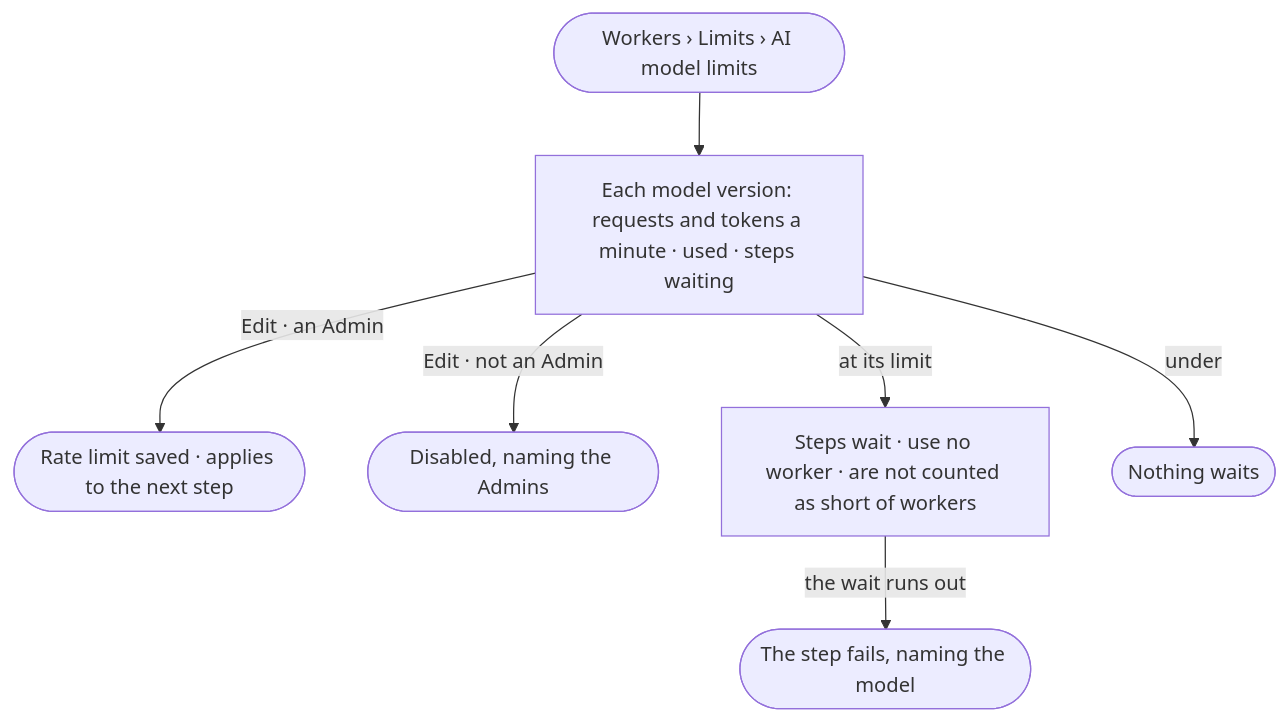
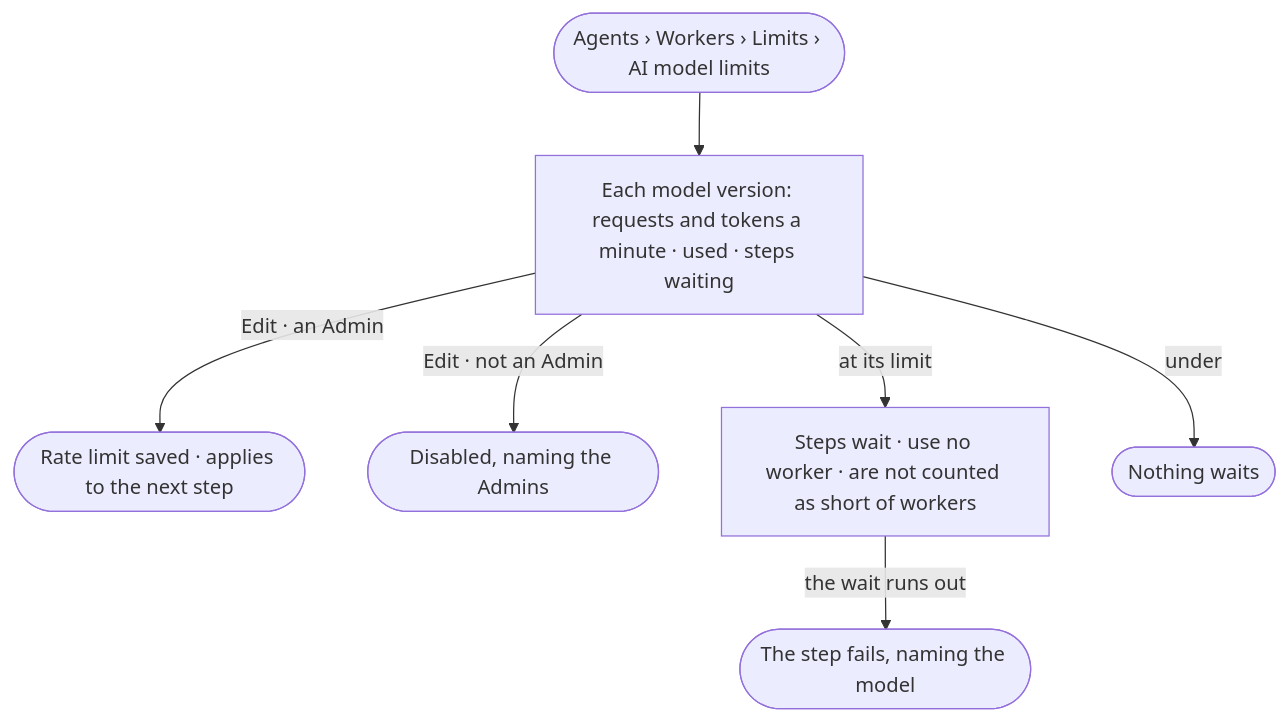
One commit to invana/invana changed the diagram in specs/os/control/features/CP-F04-limits/stories/CP-13-see-each-ai-models-rate-limit-and-what-waits-on-it/story.md. Above: the diagram before and after it, drawn with Mermaid. The commit also changed other lines of this file and 106 other files, not shown here.

````diff
--- a/specs/os/control/features/CP-F04-limits/stories/CP-13-see-each-ai-models-rate-limit-and-what-waits-on-it/story.md
+++ b/specs/os/control/features/CP-F04-limits/stories/CP-13-see-each-ai-models-rate-limit-and-what-waits-on-it/story.md
@@ -26,9 +26,9 @@
 ```mermaid
 flowchart TD
-  s([Workers › Limits › AI model limits]) --> m["Each model version: requests and tokens a minute · used · steps waiting"]
+  s([Agents › Workers › Limits › AI model limits]) --> m["Each model version: requests and tokens a minute · used · steps waiting"]
   m -->|Edit · an Admin| ed(["Rate limit saved · applies to the next step"])
   m -->|Edit · not an Admin| ro(["Disabled, naming the Admins"])
   m -->|at its limit| w["Steps wait · use no worker · are not counted as short of workers"]
   w -->|the wait runs out| f(["The step fails, naming the model"])
   m -->|under| ok(["Nothing waits"])
 ```
````
